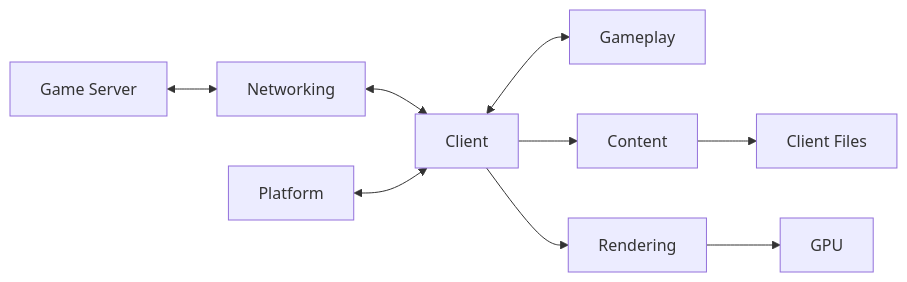
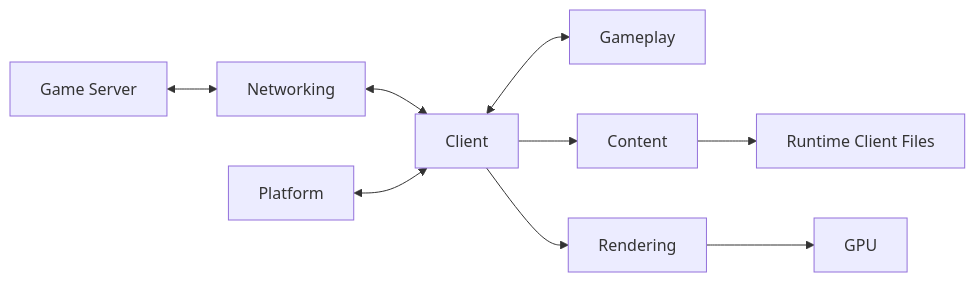
One commit to berniemackie97/OpenConquerClient changed the second of 3 diagrams in docs/architecture/architecture.md. Above: the diagram before and after it, drawn with Mermaid. The commit also changed other lines of this file and 37 other files, not shown here.

Commit message:
move legacy Server.dat support out of client runtime (#13)

````diff
--- a/docs/architecture/architecture.md
+++ b/docs/architecture/architecture.md
@@ -55,21 +63,21 @@
 ```mermaid
 flowchart LR
     Server["Game Server"]
     Networking["Networking"]
     Client["Client"]
     Platform["Platform"]
     Gameplay["Gameplay"]
     Content["Content"]
-    Files["Client Files"]
+    Files["Runtime Client Files"]
     Rendering["Rendering"]
     GPU["GPU"]
 
     Server <--> Networking
     Networking <--> Client
     Platform <--> Client
     Client <--> Gameplay
     Client --> Content
     Content --> Files
     Client --> Rendering
     Rendering --> GPU
 ```
````
